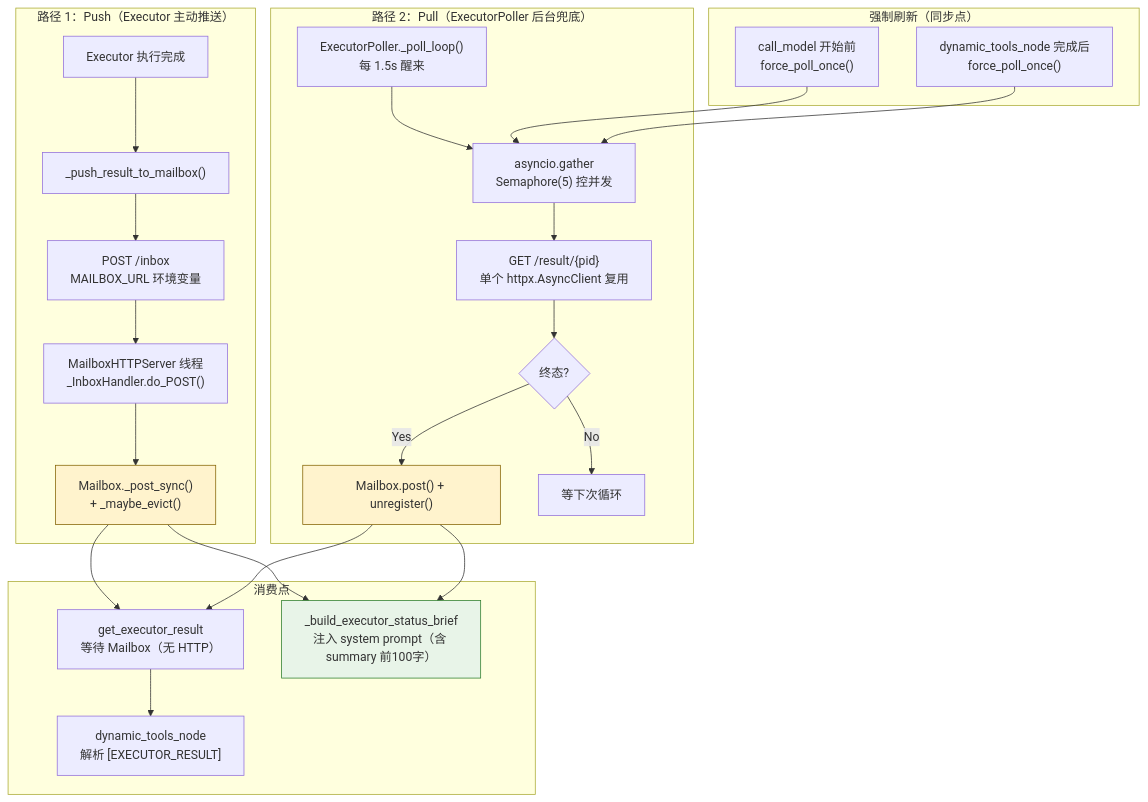
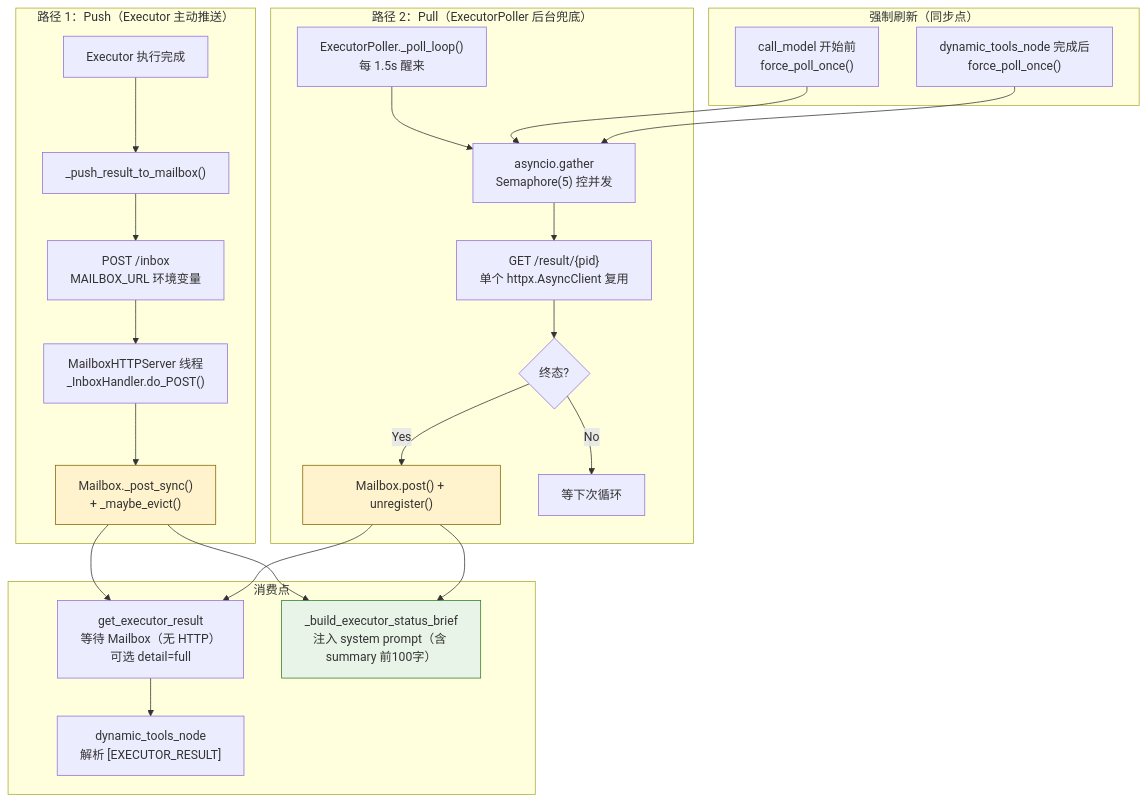
The third of 8 diagrams in docs/v3-architecture-diagrams.md (Tlaven/agent-triad), drawn with Mermaid before and after one commit. The commit also changed other lines of this file and 8 other files, not shown here.

````diff
--- a/docs/v3-architecture-diagrams.md
+++ b/docs/v3-architecture-diagrams.md
@@ -153,41 +153,41 @@
 ```mermaid
 flowchart TD
     subgraph Push["路径 1：Push（Executor 主动推送）"]
         P1[Executor 执行完成] --> P2["_push_result_to_mailbox()"]
         P2 --> P3["POST /inbox<br/>MAILBOX_URL 环境变量"]
         P3 --> P4["MailboxHTTPServer 线程<br/>_InboxHandler.do_POST()"]
         P4 --> P5["Mailbox._post_sync()<br/>+ _maybe_evict()"]
     end
 
     subgraph Pull["路径 2：Pull（ExecutorPoller 后台兜底）"]
         Q1["ExecutorPoller._poll_loop()<br/>每 1.5s 醒来"] --> Q2["asyncio.gather<br/>Semaphore(5) 控并发"]
         Q2 --> Q3["GET /result/{pid}<br/>单个 httpx.AsyncClient 复用"]
         Q3 --> Q4{终态?}
         Q4 -->|Yes| Q5["Mailbox.post() + unregister()"]
         Q4 -->|No| Q6["等下次循环"]
     end
 
     subgraph Consume["消费点"]
-        R1["get_executor_result<br/>等待 Mailbox（无 HTTP）"]
+        R1["get_executor_result<br/>等待 Mailbox（无 HTTP）<br/>可选 detail=full"]
         R2["_build_executor_status_brief<br/>注入 system prompt（含 summary 前100字）"]
         R3["dynamic_tools_node<br/>解析 [EXECUTOR_RESULT]"]
     end
 
     P5 --> R1
     P5 --> R2
     Q5 --> R1
     Q5 --> R2
     R1 --> R3
 
     subgraph ForceFlush["强制刷新（同步点）"]
         F1["call_model 开始前<br/>force_poll_once()"]
         F2["dynamic_tools_node 完成后<br/>force_poll_once()"]
     end
 
     F1 --> Q2
     F2 --> Q2
 
     style P5 fill:#fff3cd,stroke:#856404
     style Q5 fill:#fff3cd,stroke:#856404
     style R2 fill:#e8f4e8,stroke:#2d7d2d
 ```
````
